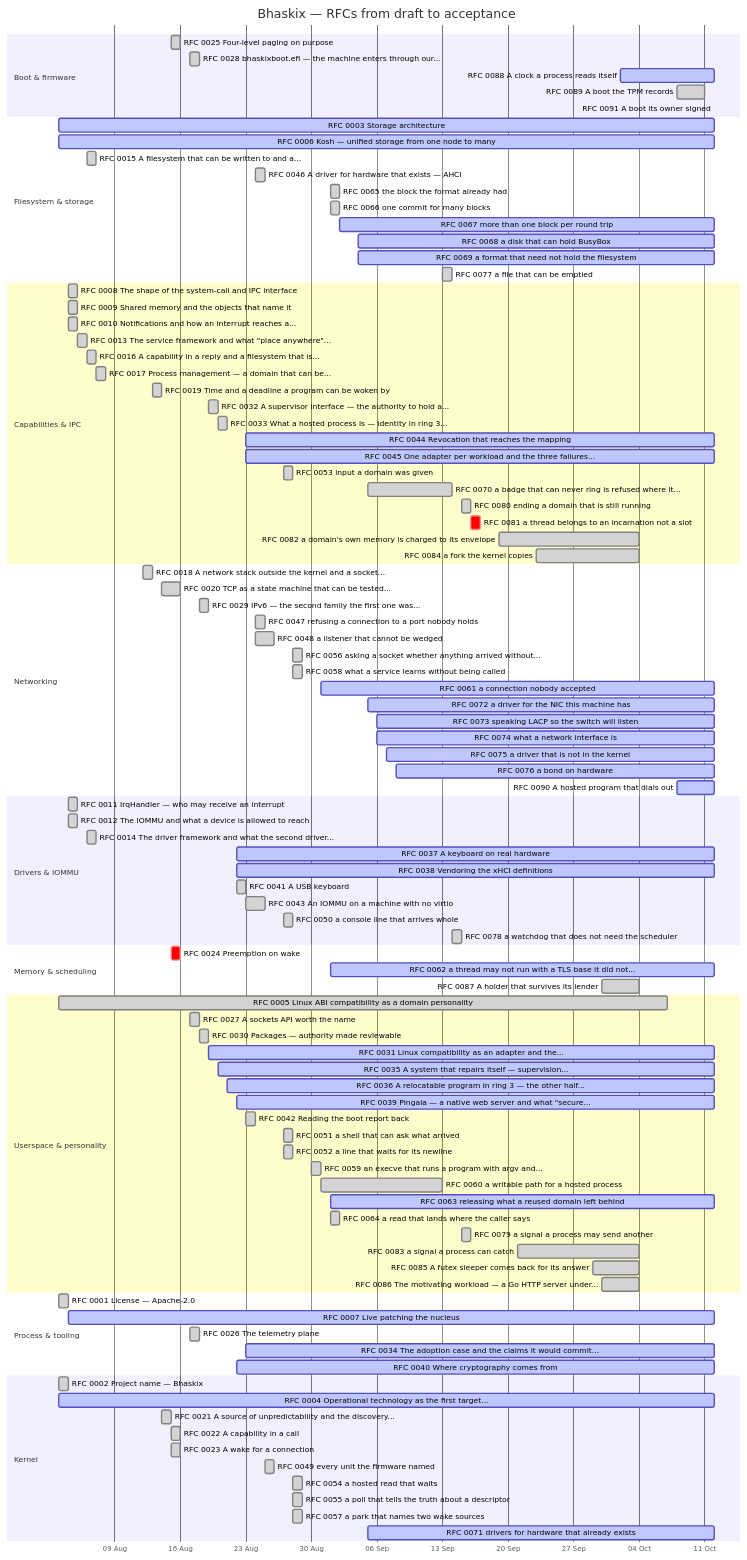
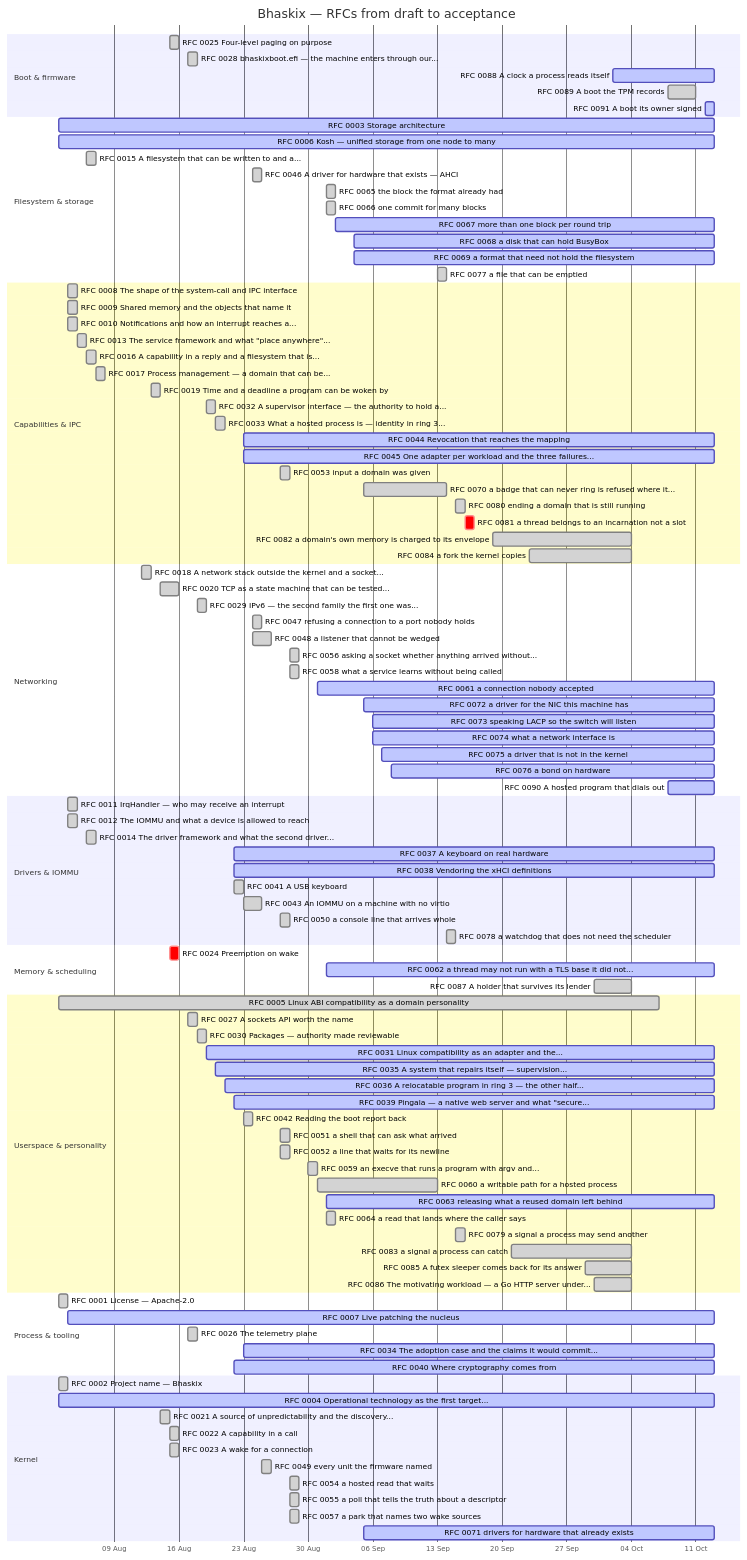
The diagram in docs/progress.md (bhaskix/bhaskix), drawn with Mermaid before and after one commit. The commit also changed other lines of this file and 14 other files, not shown here.

````diff
--- a/docs/progress.md
+++ b/docs/progress.md
@@ -30,19 +30,19 @@
     section Boot & firmware
     RFC 0025 Four-level paging on purpose :done, r0025, 2026-08-15, 2026-08-16
     RFC 0028 bhaskixboot.efi — the machine enters through our... :done, r0028, 2026-08-17, 2026-08-18
-    RFC 0088 A clock a process reads itself :active, r0088, 2026-10-02, 2026-10-12
+    RFC 0088 A clock a process reads itself :active, r0088, 2026-10-02, 2026-10-13
     RFC 0089 A boot the TPM records :done, r0089, 2026-10-08, 2026-10-11
-    RFC 0091 A boot its owner signed :active, r0091, 2026-10-12, 2026-10-12
+    RFC 0091 A boot its owner signed :active, r0091, 2026-10-12, 2026-10-13
     section Filesystem & storage
-    RFC 0003 Storage architecture :active, r0003, 2026-08-03, 2026-10-12
-    RFC 0006 Kosh — unified storage from one node to many :active, r0006, 2026-08-03, 2026-10-12
+    RFC 0003 Storage architecture :active, r0003, 2026-08-03, 2026-10-13
+    RFC 0006 Kosh — unified storage from one node to many :active, r0006, 2026-08-03, 2026-10-13
     RFC 0015 A filesystem that can be written to and a... :done, r0015, 2026-08-06, 1d
     RFC 0046 A driver for hardware that exists — AHCI :done, r0046, 2026-08-24, 1d
     RFC 0065 the block the format already had :done, r0065, 2026-09-01, 1d
     RFC 0066 one commit for many blocks :done, r0066, 2026-09-01, 1d
-    RFC 0067 more than one block per round trip :active, r0067, 2026-09-02, 2026-10-12
-    RFC 0068 a disk that can hold BusyBox :active, r0068, 2026-09-04, 2026-10-12
-    RFC 0069 a format that need not hold the filesystem :active, r0069, 2026-09-04, 2026-10-12
+    RFC 0067 more than one block per round trip :active, r0067, 2026-09-02, 2026-10-13
+    RFC 0068 a disk that can hold BusyBox :active, r0068, 2026-09-04, 2026-10-13
+    RFC 0069 a format that need not hold the filesystem :active, r0069, 2026-09-04, 2026-10-13
     RFC 0077 a file that can be emptied :done, r0077, 2026-09-13, 1d
     section Capabilities & IPC
     RFC 0008 The shape of the system-call and IPC interface :done, r0008, 2026-08-04, 1d
@@ -54,8 +54,8 @@
     RFC 0019 Time and a deadline a program can be woken by :done, r0019, 2026-08-13, 2026-08-14
     RFC 0032 A supervisor interface — the authority to hold a... :done, r0032, 2026-08-19, 2026-08-20
     RFC 0033 What a hosted process is — identity in ring 3... :done, r0033, 2026-08-20, 1d
-    RFC 0044 Revocation that reaches the mapping :active, r0044, 2026-08-23, 2026-10-12
-    RFC 0045 One adapter per workload and the three failures... :active, r0045, 2026-08-23, 2026-10-12
+    RFC 0044 Revocation that reaches the mapping :active, r0044, 2026-08-23, 2026-10-13
+    RFC 0045 One adapter per workload and the three failures... :active, r0045, 2026-08-23, 2026-10-13
     RFC 0053 input a domain was given :done, r0053, 2026-08-27, 1d
     RFC 0070 a badge that can never ring is refused where it... :done, r0070, 2026-09-05, 2026-09-14
     RFC 0080 ending a domain that is still running :done, r0080, 2026-09-15, 1d
@@ -70,41 +70,41 @@
     RFC 0048 a listener that cannot be wedged :done, r0048, 2026-08-24, 2026-08-26
     RFC 0056 asking a socket whether anything arrived without... :done, r0056, 2026-08-28, 1d
     RFC 0058 what a service learns without being called :done, r0058, 2026-08-28, 1d
-    RFC 0061 a connection nobody accepted :active, r0061, 2026-08-31, 2026-10-12
-    RFC 0072 a driver for the NIC this machine has :active, r0072, 2026-09-05, 2026-10-12
-    RFC 0073 speaking LACP so the switch will listen :active, r0073, 2026-09-06, 2026-10-12
-    RFC 0074 what a network interface is :active, r0074, 2026-09-06, 2026-10-12
-    RFC 0075 a driver that is not in the kernel :active, r0075, 2026-09-07, 2026-10-12
-    RFC 0076 a bond on hardware :active, r0076, 2026-09-08, 2026-10-12
-    RFC 0090 A hosted program that dials out :active, r0090, 2026-10-08, 2026-10-12
+    RFC 0061 a connection nobody accepted :active, r0061, 2026-08-31, 2026-10-13
+    RFC 0072 a driver for the NIC this machine has :active, r0072, 2026-09-05, 2026-10-13
+    RFC 0073 speaking LACP so the switch will listen :active, r0073, 2026-09-06, 2026-10-13
+    RFC 0074 what a network interface is :active, r0074, 2026-09-06, 2026-10-13
+    RFC 0075 a driver that is not in the kernel :active, r0075, 2026-09-07, 2026-10-13
+    RFC 0076 a bond on hardware :active, r0076, 2026-09-08, 2026-10-13
+    RFC 0090 A hosted program that dials out :active, r0090, 2026-10-08, 2026-10-13
     section Drivers & IOMMU
     RFC 0011 IrqHandler — who may receive an interrupt :done, r0011, 2026-08-04, 1d
     RFC 0012 The IOMMU and what a device is allowed to reach :done, r0012, 2026-08-04, 1d
     RFC 0014 The driver framework and what the second driver... :done, r0014, 2026-08-06, 1d
-    RFC 0037 A keyboard on real hardware :active, r0037, 2026-08-22, 2026-10-12
-    RFC 0038 Vendoring the xHCI definitions :active, r0038, 2026-08-22, 2026-10-12
+    RFC 0037 A keyboard on real hardware :active, r0037, 2026-08-22, 2026-10-13
+    RFC 0038 Vendoring the xHCI definitions :active, r0038, 2026-08-22, 2026-10-13
     RFC 0041 A USB keyboard :done, r0041, 2026-08-22, 2026-08-23
     RFC 0043 An IOMMU on a machine with no virtio :done, r0043, 2026-08-23, 2026-08-25
     RFC 0050 a console line that arrives whole :done, r0050, 2026-08-27, 1d
     RFC 0078 a watchdog that does not need the scheduler :done, r0078, 2026-09-14, 2026-09-15
     section Memory & scheduling
     RFC 0024 Preemption on wake :crit, r0024, 2026-08-15, 1d
-    RFC 0062 a thread may not run with a TLS base it did not... :active, r0062, 2026-09-01, 2026-10-12
+    RFC 0062 a thread may not run with a TLS base it did not... :active, r0062, 2026-09-01, 2026-10-13
     RFC 0087 A holder that survives its lender :done, r0087, 2026-09-30, 2026-10-04
     section Userspace & personality
     RFC 0005 Linux ABI compatibility as a domain personality :done, r0005, 2026-08-03, 2026-10-07
     RFC 0027 A sockets API worth the name :done, r0027, 2026-08-17, 1d
     RFC 0030 Packages — authority made reviewable :done, r0030, 2026-08-18, 2026-08-19
-    RFC 0031 Linux compatibility as an adapter and the... :active, r0031, 2026-08-19, 2026-10-12
-    RFC 0035 A system that repairs itself — supervision... :active, r0035, 2026-08-20, 2026-10-12
-    RFC 0036 A relocatable program in ring 3 — the other half... :active, r0036, 2026-08-21, 2026-10-12
-    RFC 0039 Pingala — a native web server and what "secure... :active, r0039, 2026-08-22, 2026-10-12
+    RFC 0031 Linux compatibility as an adapter and the... :active, r0031, 2026-08-19, 2026-10-13
+    RFC 0035 A system that repairs itself — supervision... :active, r0035, 2026-08-20, 2026-10-13
+    RFC 0036 A relocatable program in ring 3 — the other half... :active, r0036, 2026-08-21, 2026-10-13
+    RFC 0039 Pingala — a native web server and what "secure... :active, r0039, 2026-08-22, 2026-10-13
     RFC 0042 Reading the boot report back :done, r0042, 2026-08-23, 1d
     RFC 0051 a shell that can ask what arrived :done, r0051, 2026-08-27, 1d
     RFC 0052 a line that waits for its newline :done, r0052, 2026-08-27, 1d
     RFC 0059 an execve that runs a program with argv and... :done, r0059, 2026-08-30, 1d
     RFC 0060 a writable path for a hosted process :done, r0060, 2026-08-31, 2026-09-13
-    RFC 0063 releasing what a reused domain left behind :active, r0063, 2026-09-01, 2026-10-12
+    RFC 0063 releasing what a reused domain left behind :active, r0063, 2026-09-01, 2026-10-13
     RFC 0064 a read that lands where the caller says :done, r0064, 2026-09-01, 1d
     RFC 0079 a signal a process may send another :done, r0079, 2026-09-15, 1d
     RFC 0083 a signal a process can catch :done, r0083, 2026-09-21, 2026-10-04
@@ -112,13 +112,13 @@
     RFC 0086 The motivating workload — a Go HTTP server under... :done, r0086, 2026-09-30, 2026-10-04
     section Process & tooling
     RFC 0001 License — Apache-2.0 :done, r0001, 2026-08-03, 1d
-    RFC 0007 Live patching the nucleus :active, r0007, 2026-08-04, 2026-10-12
+    RFC 0007 Live patching the nucleus :active, r0007, 2026-08-04, 2026-10-13
     RFC 0026 The telemetry plane :done, r0026, 2026-08-17, 1d
-    RFC 0034 The adoption case and the claims it would commit... :active, r0034, 2026-08-23, 2026-10-12
-    RFC 0040 Where cryptography comes from :active, r0040, 2026-08-22, 2026-10-12
+    RFC 0034 The adoption case and the claims it would commit... :active, r0034, 2026-08-23, 2026-10-13
+    RFC 0040 Where cryptography comes from :active, r0040, 2026-08-22, 2026-10-13
     section Kernel
     RFC 0002 Project name — Bhaskix :done, r0002, 2026-08-03, 1d
-    RFC 0004 Operational technology as the first target... :active, r0004, 2026-08-03, 2026-10-12
+    RFC 0004 Operational technology as the first target... :active, r0004, 2026-08-03, 2026-10-13
     RFC 0021 A source of unpredictability and the discovery... :done, r0021, 2026-08-14, 1d
     RFC 0022 A capability in a call :done, r0022, 2026-08-15, 2026-08-16
     RFC 0023 A wake for a connection :done, r0023, 2026-08-15, 2026-08-16
@@ -126,5 +126,5 @@
     RFC 0054 a hosted read that waits :done, r0054, 2026-08-28, 1d
     RFC 0055 a poll that tells the truth about a descriptor :done, r0055, 2026-08-28, 1d
     RFC 0057 a park that names two wake sources :done, r0057, 2026-08-28, 1d
-    RFC 0071 drivers for hardware that already exists :active, r0071, 2026-09-05, 2026-10-12
+    RFC 0071 drivers for hardware that already exists :active, r0071, 2026-09-05, 2026-10-13
 ```
````
